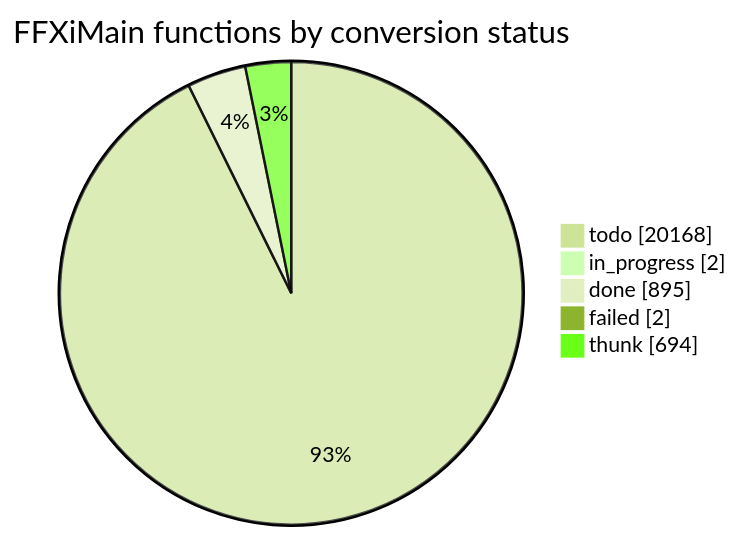
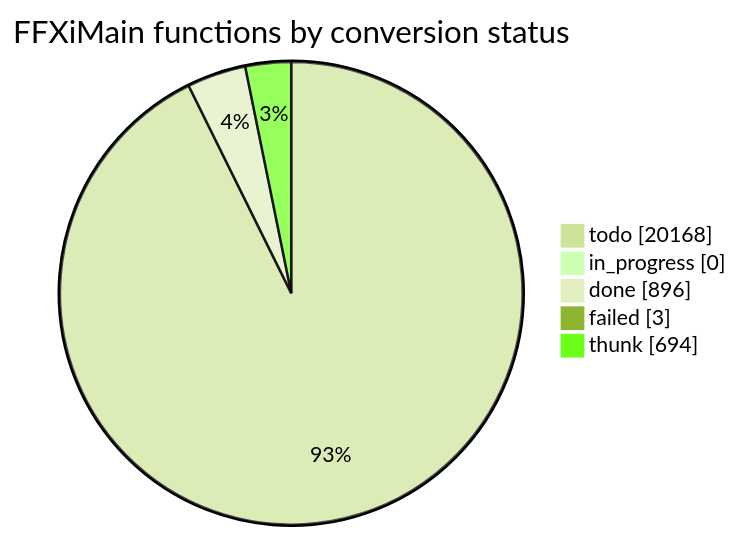
One commit to cowrevenge/cow_kuluu_xi_anything changed the diagram in docs/cow/STATUS.md. Above: the diagram before and after it, drawn with Mermaid (forest theme). The commit also changed other lines of this file and 9 other files, not shown here.

````diff
--- a/docs/cow/STATUS.md
+++ b/docs/cow/STATUS.md
@@ -18,9 +18,9 @@
 ```mermaid
 pie showData
     title FFXiMain functions by conversion status
     "todo" : 20168
-    "in_progress" : 2
-    "done" : 895
-    "failed" : 2
+    "in_progress" : 0
+    "done" : 896
+    "failed" : 3
     "thunk" : 694
 ```
````
